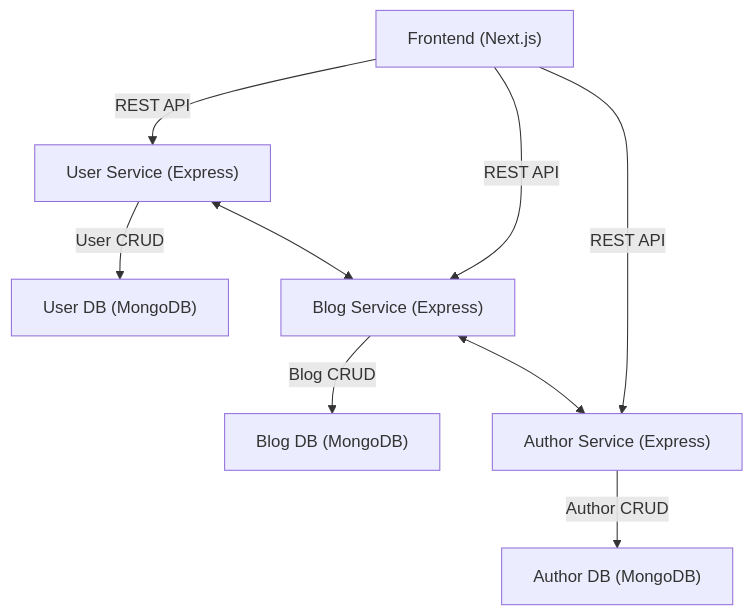
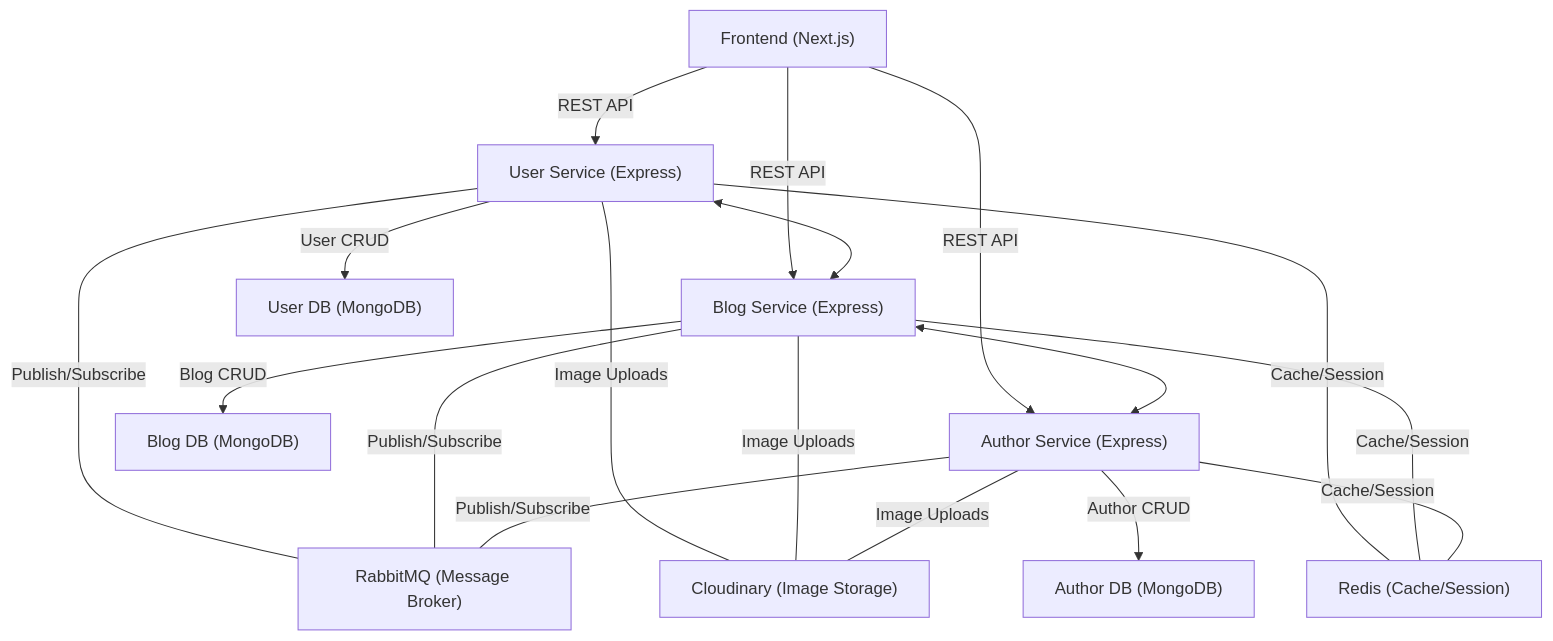
The diagram in README.md (optimus-prime-01/Tech-Press), drawn with Mermaid before and after one commit. The commit also changed other lines of this file, not shown here.

````diff
--- a/README.md
+++ b/README.md
@@ -9,21 +9,36 @@
 ```mermaid
 flowchart TD
   FE1["Frontend (Next.js)"]
   US1["User Service (Express)"]
   BS1["Blog Service (Express)"]
   AS1["Author Service (Express)"]
   DBU["User DB (MongoDB)"]
   DBB["Blog DB (MongoDB)"]
   DBA["Author DB (MongoDB)"]
+  REDIS["Redis (Cache/Session)"]
+  MQ["RabbitMQ (Message Broker)"]
+  CLOUD["Cloudinary (Image Storage)"]
 
   FE1 -- "REST API" --> US1
   FE1 -- "REST API" --> BS1
   FE1 -- "REST API" --> AS1
 
   US1 -- "User CRUD" --> DBU
   BS1 -- "Blog CRUD" --> DBB
   AS1 -- "Author CRUD" --> DBA
 
   US1 <--> BS1
   BS1 <--> AS1
+
+  US1 -- "Cache/Session" --- REDIS
+  BS1 -- "Cache/Session" --- REDIS
+  AS1 -- "Cache/Session" --- REDIS
+
+  US1 -- "Image Uploads" --- CLOUD
+  BS1 -- "Image Uploads" --- CLOUD
+  AS1 -- "Image Uploads" --- CLOUD
+
+  US1 -- "Publish/Subscribe" --- MQ
+  BS1 -- "Publish/Subscribe" --- MQ
+  AS1 -- "Publish/Subscribe" --- MQ
 ```
````
